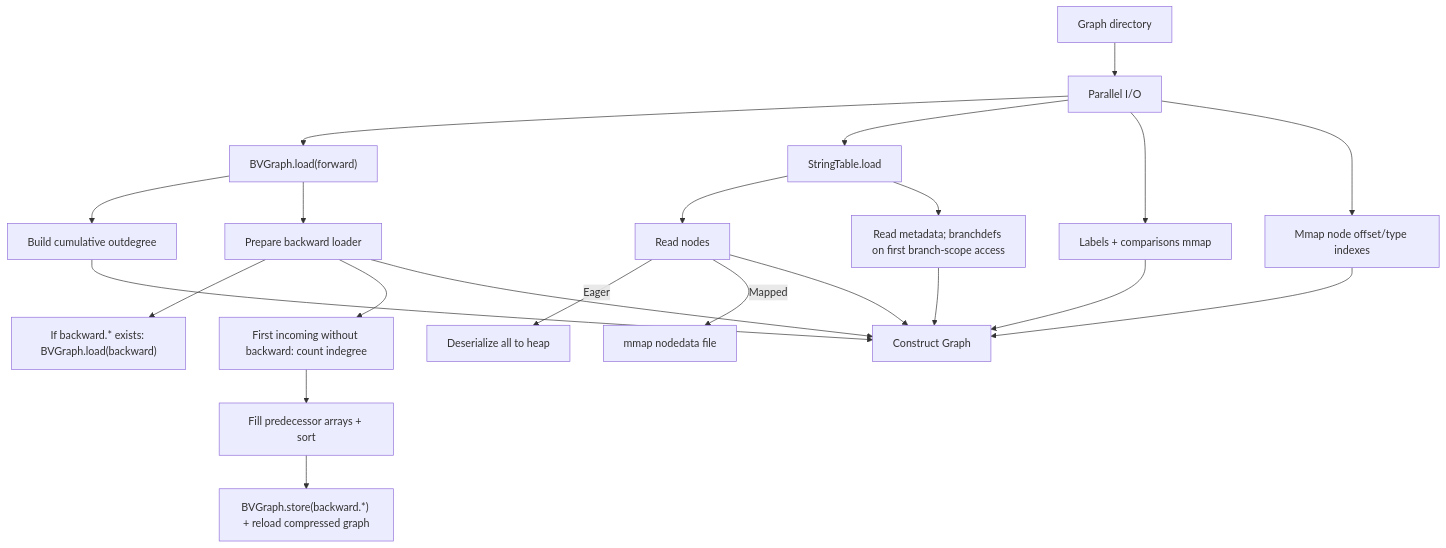
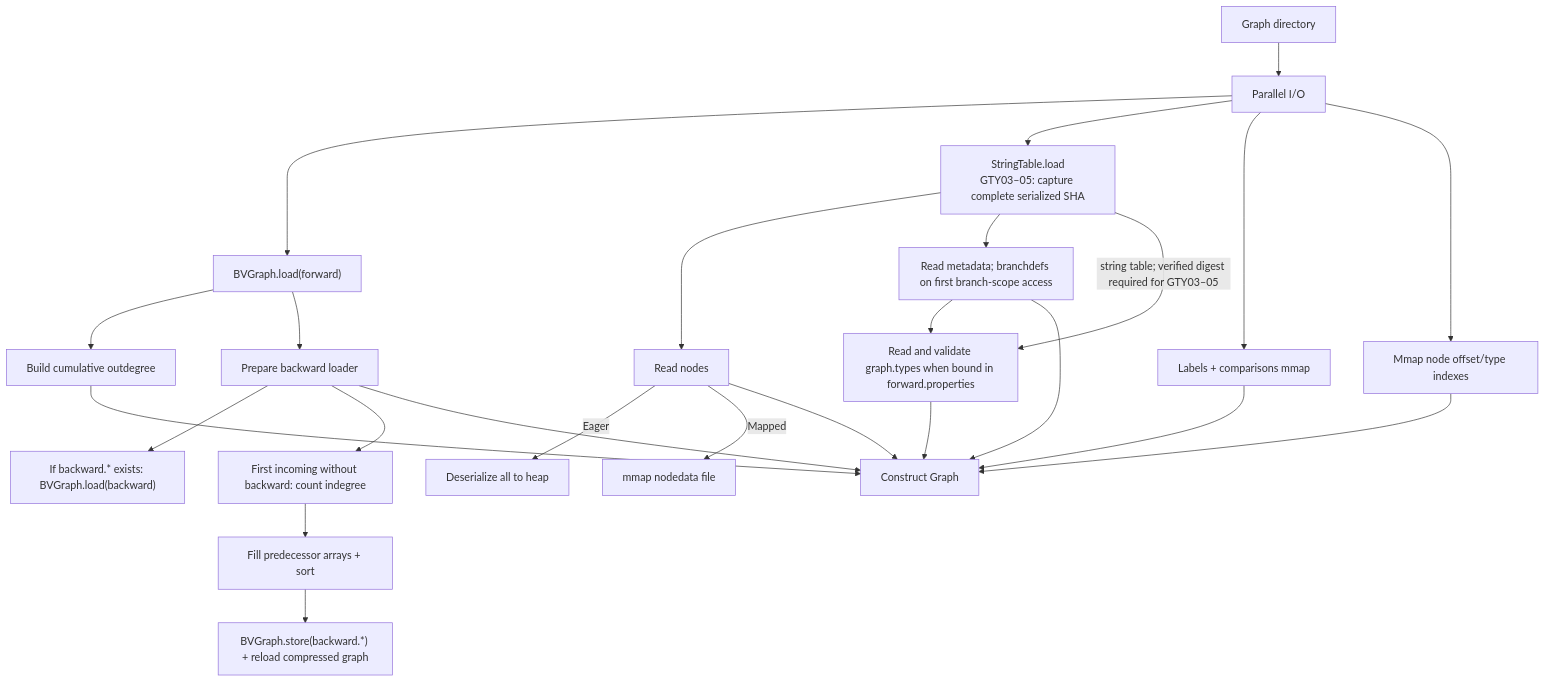
Before and after one commit to johnsonlee/graphite: the fourth of 4 diagrams in docs/webgraph-storage.md, drawn with Mermaid. The commit also changed other lines of this file and 194 other files, not shown here.

````diff
--- a/docs/webgraph-storage.md
+++ b/docs/webgraph-storage.md
@@ -215,19 +395,21 @@
 ```mermaid
 graph TD
     A[Graph directory] --> B[Parallel I/O]
     B --> B1["BVGraph.load(forward)"]
-    B --> B2[StringTable.load]
+    B --> B2["StringTable.load<br/>GTY03–05: capture complete serialized SHA"]
     B --> B3[Labels + comparisons mmap]
     B --> B4[Mmap node offset/type indexes]
     B1 --> C[Build cumulative outdegree]
     B1 --> D[Prepare backward loader]
     D --> D1["If backward.* exists: BVGraph.load(backward)"]
     D --> D2[First incoming without backward: count indegree]
     D2 --> D3[Fill predecessor arrays + sort]
     D3 --> D4["BVGraph.store(backward.*) + reload compressed graph"]
     B2 --> E[Read nodes]
     E -->|Eager| E1[Deserialize all to heap]
     E -->|Mapped| E2[mmap nodedata file]
     B2 --> F[Read metadata; branchdefs on first branch-scope access]
-C & D & B3 & B4 & E & F --> G[Construct Graph]
+    F --> T[Read and validate graph.types when bound in forward.properties]
+    B2 -->|"string table; verified digest required for GTY03–05"| T
+    C & D & B3 & B4 & E & F & T --> G[Construct Graph]
 ```
````
